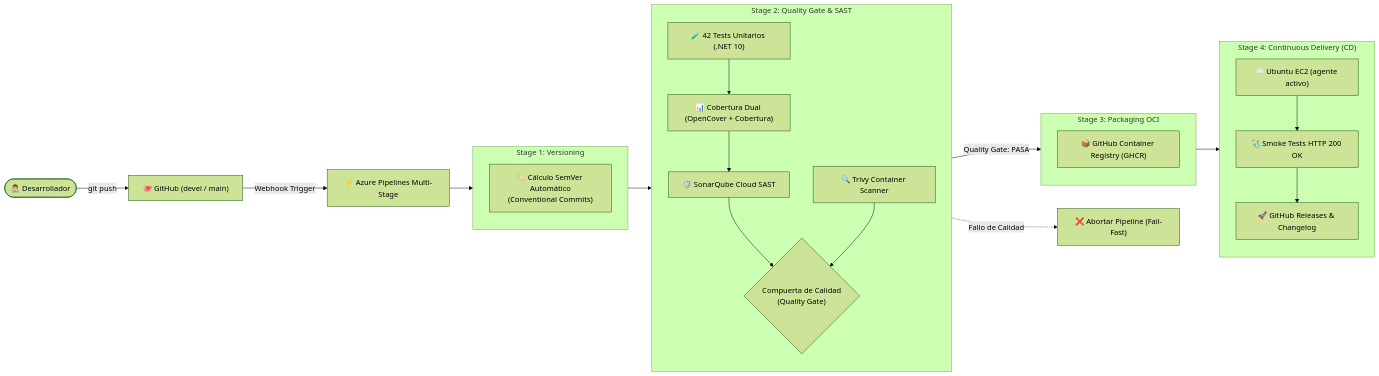
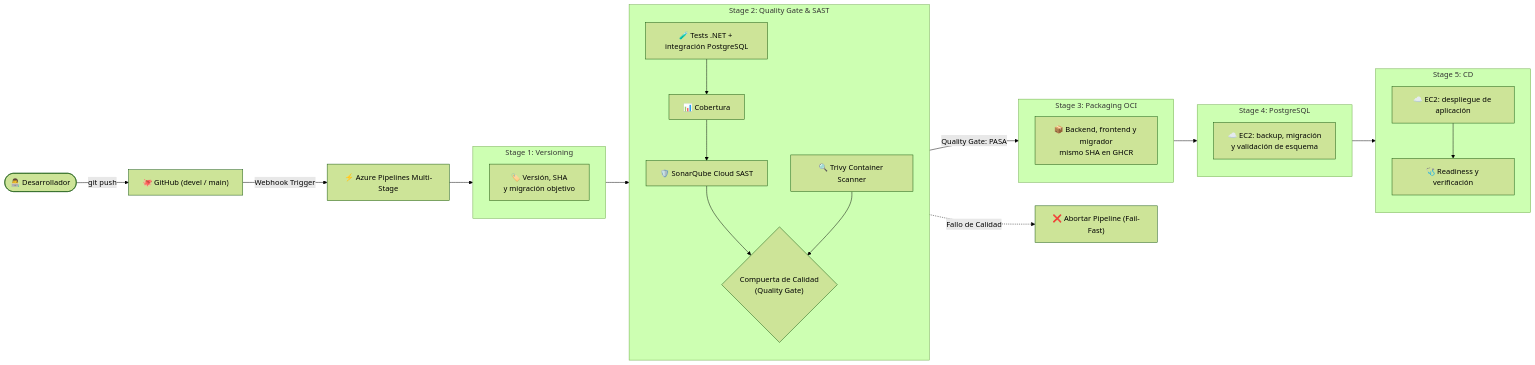
The second of 2 diagrams in README.md (maxivalenzano/dev-ops-clase-2), drawn with Mermaid (forest theme) before and after one commit. The commit also changed other lines of this file and 8 other files, not shown here.

Commit message:
docs: record verified PostgreSQL releases and classroom migration guide

````diff
--- a/README.md
+++ b/README.md
@@ -142,40 +143,42 @@
 ```mermaid
 flowchart LR
     Dev(["👨‍💻 Desarrollador"]) -->|"git push"| GitRepo["🐙 GitHub (devel / main)"]
     GitRepo -->|"Webhook Trigger"| Pipeline["⚡ Azure Pipelines Multi-Stage"]
 
     subgraph S1 ["Stage 1: Versioning"]
-        SemVer["🏷️ Cálculo SemVer Automático<br/>(Conventional Commits)"]
+        SemVer["🏷️ Versión, SHA<br/>y migración objetivo"]
     end
 
     subgraph S2 ["Stage 2: Quality Gate & SAST"]
         direction TB
-        Tests["🧪 42 Tests Unitarios (.NET 10)"]
-        Coverage["📊 Cobertura Dual (OpenCover + Cobertura)"]
+        Tests["🧪 Tests .NET + integración PostgreSQL"]
+        Coverage["📊 Cobertura"]
         Sonar["🛡️ SonarQube Cloud SAST"]
         Trivy["🔍 Trivy Container Scanner"]
         Gate{"Compuerta de Calidad<br/>(Quality Gate)"}
 
         Tests --> Coverage --> Sonar --> Gate
         Trivy --> Gate
     end
 
     subgraph S3 ["Stage 3: Packaging OCI"]
         direction TB
-        GHCR["📦 GitHub Container Registry (GHCR)"]
+        GHCR["📦 Backend, frontend y migrador<br/>mismo SHA en GHCR"]
     end
 
-    subgraph S4 ["Stage 4: Continuous Delivery (CD)"]
+    subgraph S4 ["Stage 4: PostgreSQL"]
         direction TB
-        VM["☁️ Ubuntu EC2 (agente activo)"]
-        Smoke["🩺 Smoke Tests HTTP 200 OK"]
-        Release["🚀 GitHub Releases & Changelog"]
+        DB["☁️ EC2: backup, migración<br/>y validación de esquema"]
+    end
+    subgraph S5 ["Stage 5: CD"]
+        VM["☁️ EC2: despliegue de aplicación"]
+        Smoke["🩺 Readiness y verificación"]
     end
 
     Pipeline --> S1
     S1 --> S2
     Gate -->|"Quality Gate: PASA"| S3
     Gate -.->|"Fallo de Calidad"| Abort["❌ Abortar Pipeline (Fail-Fast)"]
-    S3 --> S4
-    VM --> Smoke --> Release
+    S3 --> S4 --> S5
+    VM --> Smoke
 ```
````
